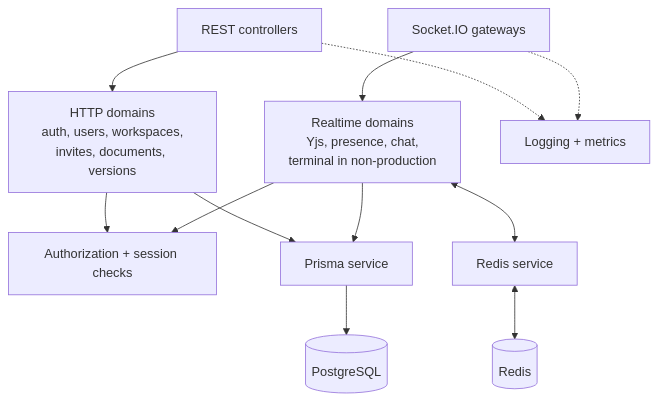
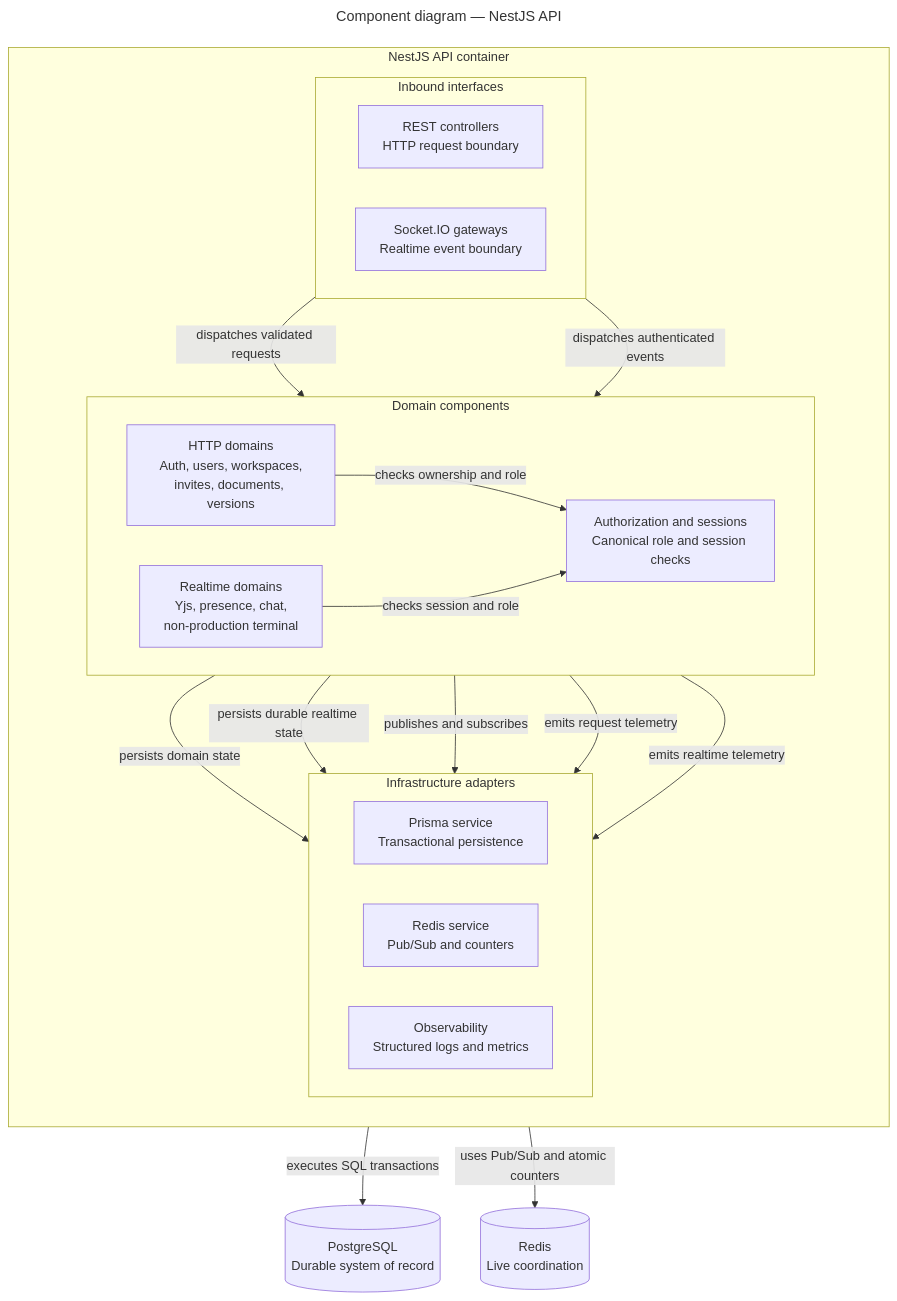
The diagram in docs/diagrams/source/server-components.mmd (santinomarial/Meridian), drawn with Mermaid before and after one commit. The commit also changed 62 other files, not shown here.

Commit message:
Perfect architecture diagrams and sizing

```diff
--- a/docs/diagrams/source/server-components.mmd
+++ b/docs/diagrams/source/server-components.mmd
@@ -1,24 +1,42 @@
+---
+title: Component diagram — NestJS API
+---
 flowchart TB
-    HTTP["REST controllers"]
-    Sockets["Socket.IO gateways"]
-    RequestDomains["HTTP domains<br/>auth, users, workspaces,<br/>invites, documents, versions"]
-    SocketDomains["Realtime domains<br/>Yjs, presence, chat,<br/>terminal in non-production"]
-    Authorization["Authorization + session checks"]
-    Prisma["Prisma service"]
-    RedisService["Redis service"]
-    Observability["Logging + metrics"]
-    PG[("PostgreSQL")]
-    Redis[("Redis")]
+    subgraph API["NestJS API container"]
+        direction TB
 
-    HTTP --> RequestDomains
-    Sockets --> SocketDomains
-    RequestDomains --> Authorization
-    SocketDomains --> Authorization
-    RequestDomains --> Prisma
-    SocketDomains --> Prisma
-    SocketDomains <--> RedisService
+        subgraph Interfaces["Inbound interfaces"]
+            direction LR
+            HTTP["REST controllers<br/>HTTP request boundary"]
+            Sockets["Socket.IO gateways<br/>Realtime event boundary"]
+        end
 
-    Prisma --> PG
-    RedisService <--> Redis
-    HTTP -.-> Observability
-    Sockets -.-> Observability
+        subgraph Domains["Domain components"]
+            direction LR
+            RequestDomains["HTTP domains<br/>Auth, users, workspaces,<br/>invites, documents, versions"]
+            SocketDomains["Realtime domains<br/>Yjs, presence, chat,<br/>non-production terminal"]
+            Authorization["Authorization and sessions<br/>Canonical role and session checks"]
+        end
+
+        subgraph Infrastructure["Infrastructure adapters"]
+            direction LR
+            Prisma["Prisma service<br/>Transactional persistence"]
+            RedisService["Redis service<br/>Pub/Sub and counters"]
+            Observability["Observability<br/>Structured logs and metrics"]
+        end
+
+        HTTP -->|"dispatches validated requests"| RequestDomains
+        Sockets -->|"dispatches authenticated events"| SocketDomains
+        RequestDomains -->|"checks ownership and role"| Authorization
+        SocketDomains -->|"checks session and role"| Authorization
+        RequestDomains -->|"persists domain state"| Prisma
+        SocketDomains -->|"persists durable realtime state"| Prisma
+        SocketDomains -->|"publishes and subscribes"| RedisService
+        RequestDomains -->|"emits request telemetry"| Observability
+        SocketDomains -->|"emits realtime telemetry"| Observability
+    end
+
+    PG[("PostgreSQL<br/>Durable system of record")]
+    Redis[("Redis<br/>Live coordination")]
+    Prisma -->|"executes SQL transactions"| PG
+    RedisService -->|"uses Pub/Sub and atomic counters"| Redis
```
